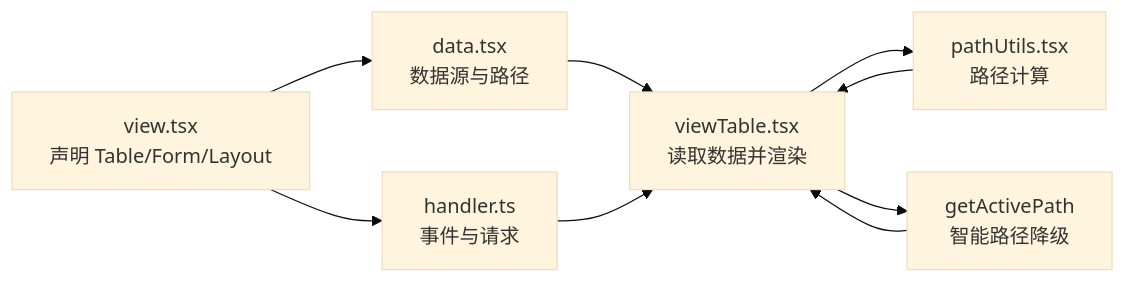
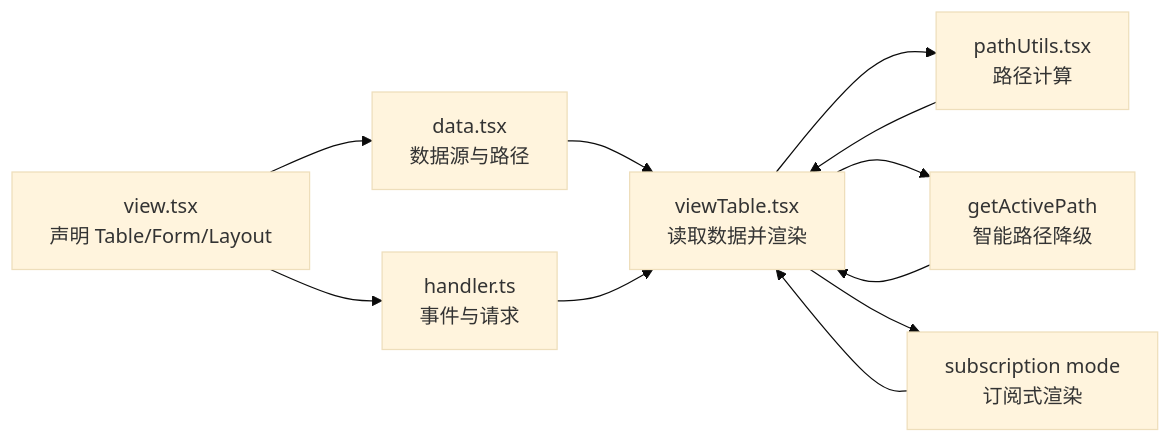
Before and after one commit to liqiongke/FrontArk: the seventh of 8 diagrams in .qoder/repowiki/zh/content/组件库/数据组件/表格组件.md, drawn with Mermaid (base theme). The commit also changed other lines of this file and 20 other files, not shown here.

````diff
--- a/.qoder/repowiki/zh/content/组件库/数据组件/表格组件.md
+++ b/.qoder/repowiki/zh/content/组件库/数据组件/表格组件.md
@@ -317,11 +416,13 @@
 ```mermaid
 graph LR
 V["view.tsx<br/>声明 Table/Form/Layout"] --> D["data.tsx<br/>数据源与路径"]
 V --> H["handler.ts<br/>事件与请求"]
 D --> T["viewTable.tsx<br/>读取数据并渲染"]
 H --> T
 T --> P["pathUtils.tsx<br/>路径计算"]
 P --> T
 T --> A["getActivePath<br/>智能路径降级"]
 A --> T
+T --> S["subscription mode<br/>订阅式渲染"]
+S --> T
 ```
````
